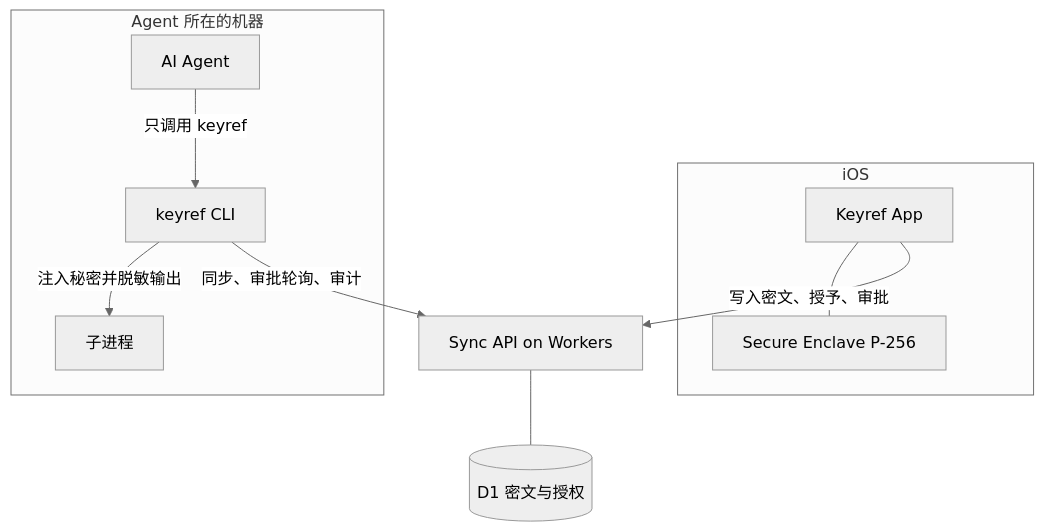
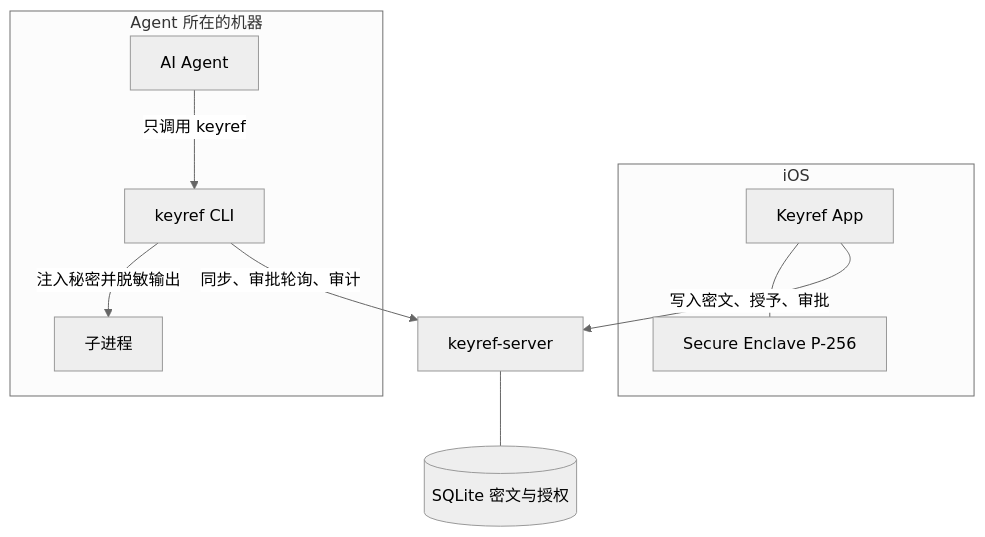
Before and after one commit to lidessen/keyref: the first of 3 diagrams in docs/design.md, drawn with Mermaid (neutral theme). The commit also changed other lines of this file and 6 other files, not shown here.

````diff
--- a/docs/design.md
+++ b/docs/design.md
@@ -120,23 +126,23 @@
 ```mermaid
 flowchart TB
   subgraph phone [iOS]
     App[Keyref App]
     SE[Secure Enclave P-256]
     App --- SE
   end
 
   subgraph host [Agent 所在的机器]
     Agent[AI Agent]
     CLI[keyref CLI]
     Child[子进程]
     Agent -->|只调用 keyref| CLI
     CLI -->|注入秘密并脱敏输出| Child
   end
 
-  API[Sync API on Workers]
-  DB[(D1 密文与授权)]
+  API[keyref-server]
+  DB[(SQLite 密文与授权)]
 
   App -->|写入密文、授予、审批| API
   CLI -->|同步、审批轮询、审计| API
   API --- DB
 ```
````
